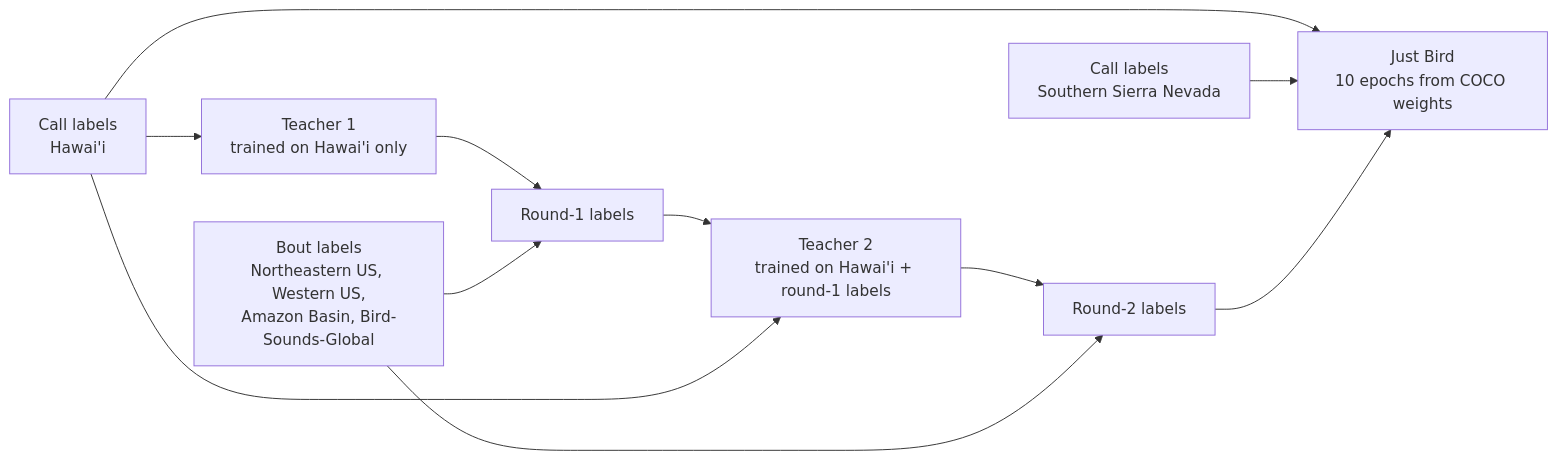
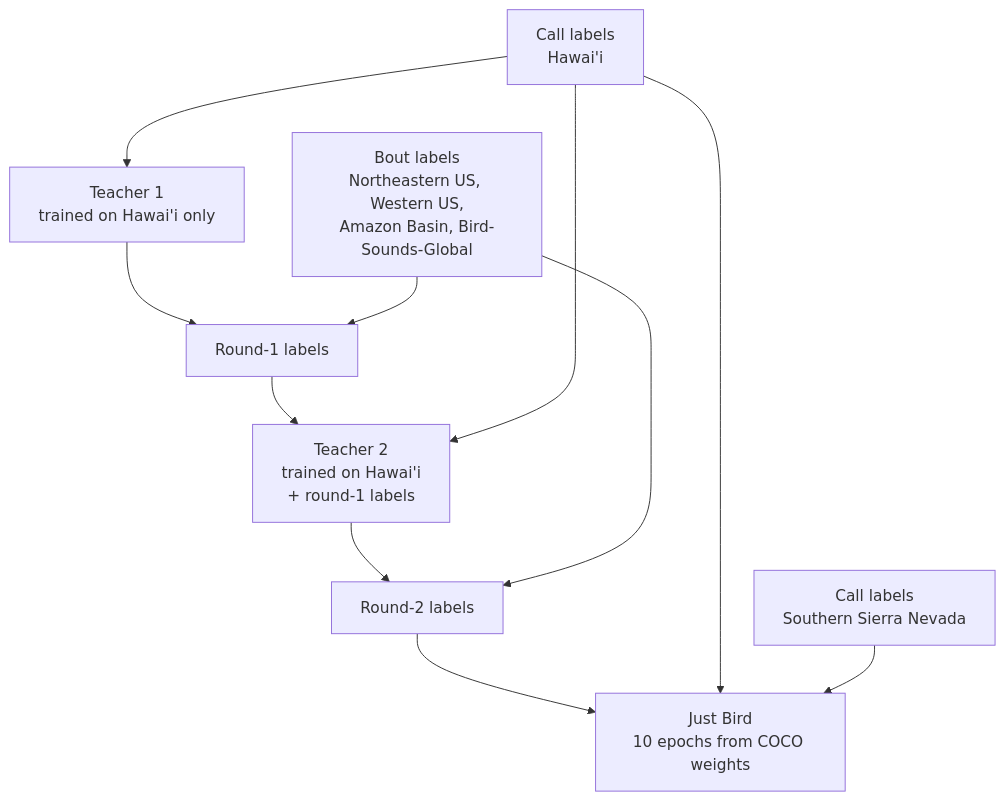
The diagram in docs/models-and-metrics/just-bird-training.md (birdnet-team/BirdBox), drawn with Mermaid before and after one commit.

Commit message:
docs: Just-Bird training recipe diagram from top to bottom
The left-to-right flowchart was wider than the content column and
shrank with its text. Top to bottom, its widest row fits, so the labels
render at Mermaid's 16 px like the body text.

````diff
--- a/docs/models-and-metrics/just-bird-training.md
+++ b/docs/models-and-metrics/just-bird-training.md
@@ -11,18 +11,21 @@
 ```mermaid
-flowchart LR
+flowchart TD
   hawaii["Call labels<br/>Hawai'i"]
-  ssn["Call labels<br/>Southern Sierra Nevada"]
   bouts["Bout labels<br/>Northeastern US, Western US,<br/>Amazon Basin, Bird-Sounds-Global"]
   t1["Teacher 1<br/>trained on Hawai'i only"]
   r1["Round-1 labels"]
-  t2["Teacher 2<br/>trained on Hawai'i + round-1 labels"]
+  t2["Teacher 2<br/>trained on Hawai'i<br/>+ round-1 labels"]
   r2["Round-2 labels"]
+  ssn["Call labels<br/>Southern Sierra Nevada"]
   final["Just Bird<br/>10 epochs from COCO weights"]
-  hawaii --> t1 --> r1
-  bouts --> r1 --> t2 --> r2
+  hawaii --> t1
+  t1 --> r1
+  bouts --> r1
+  r1 --> t2
+  hawaii --> t2
+  t2 --> r2
   bouts --> r2
-  hawaii --> t2
+  r2 --> final
   hawaii --> final
   ssn --> final
-  r2 --> final
 ```
````
